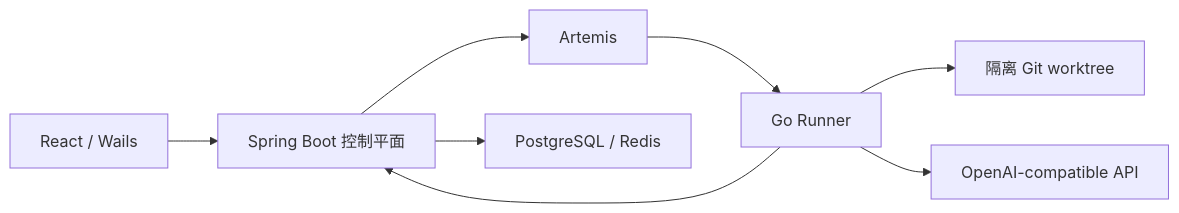
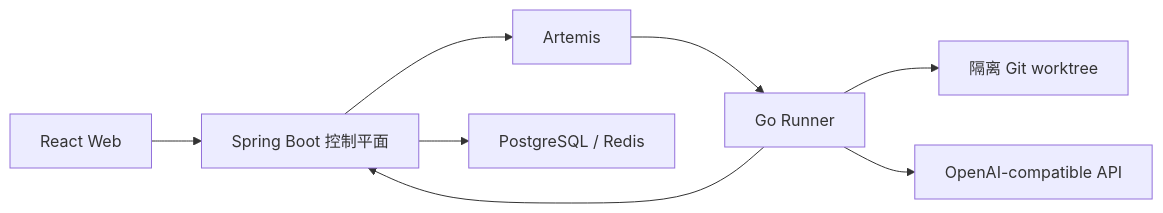
One commit to lgcyuzusakura/proofcode changed the diagram in README.md. Above: the diagram before and after it, drawn with Mermaid. The commit also changed other lines of this file and 3 other files, not shown here.

````diff
--- a/README.md
+++ b/README.md
@@ -127,10 +129,10 @@
 ```mermaid
 flowchart LR
-    UI["React / Wails"] --> CP["Spring Boot 控制平面"]
+    UI["React Web"] --> CP["Spring Boot 控制平面"]
     CP --> MQ["Artemis"]
     MQ --> RUN["Go Runner"]
     RUN --> WS["隔离 Git worktree"]
     RUN --> MODEL["OpenAI-compatible API"]
     RUN --> CP
     CP --> STORE["PostgreSQL / Redis"]
 ```
````
